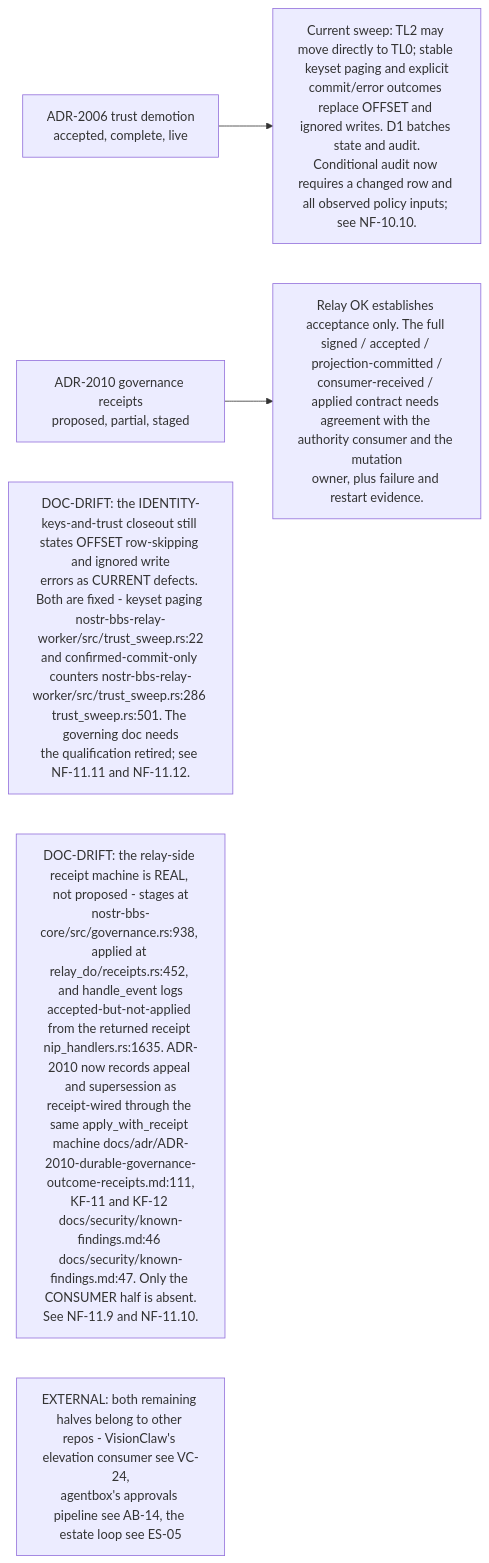
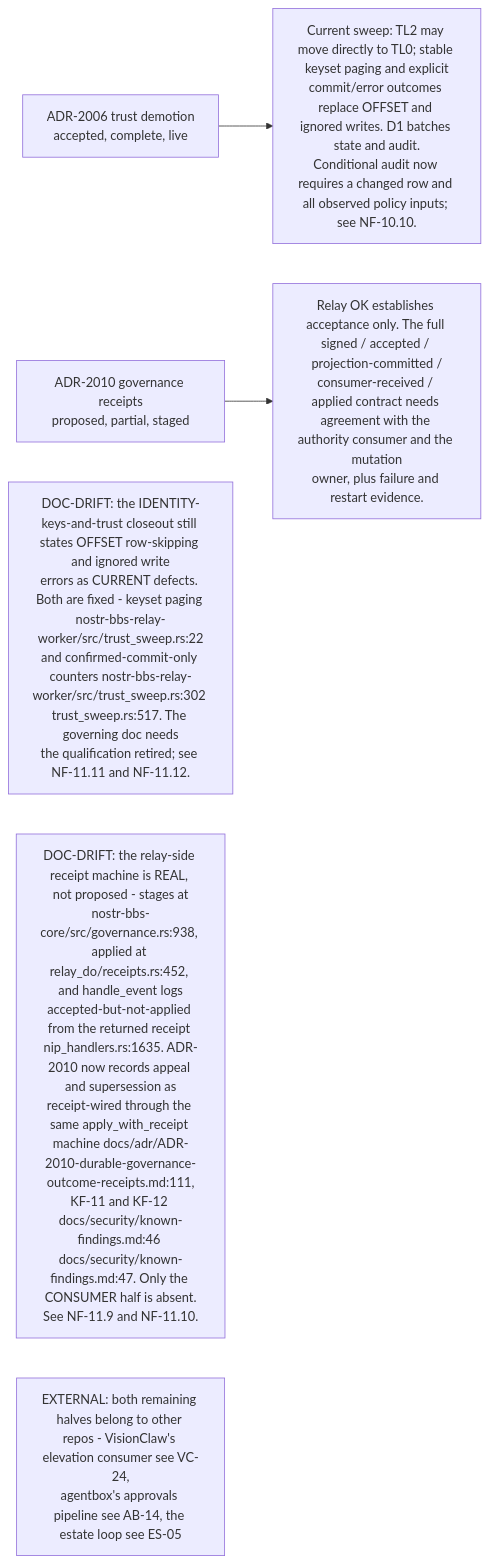
Before and after one commit to DreamLab-AI/VisionFlow: the seventh of 10 diagrams in docs/diagrams/nostr-rust-forum/10-invariants-and-anomaly-register.md, drawn with Mermaid. The commit also changed other lines of this file and 59 other files, not shown here.

First line of the commit message:
docs(diagrams): re-derive and re-stamp forum, website, pod, ontomark and sealmap topics

````diff
--- a/docs/diagrams/nostr-rust-forum/10-invariants-and-anomaly-register.md
+++ b/docs/diagrams/nostr-rust-forum/10-invariants-and-anomaly-register.md
@@ -178,14 +178,14 @@
 ```mermaid
 flowchart LR
     A2006["ADR-2006 trust demotion<br/>accepted, complete, live"]
     Q2006["Current sweep: TL2 may move directly to TL0; stable keyset paging and explicit<br/>commit/error outcomes replace OFFSET and ignored writes. D1 batches state and audit.<br/>Conditional audit now requires a changed row and all observed policy inputs; see NF-10.10."]
     A2010["ADR-2010 governance receipts<br/>proposed, partial, staged"]
     Q2010["Relay OK establishes acceptance only. The full signed / accepted / projection-committed /<br/>consumer-received / applied contract needs agreement with the authority consumer and the mutation<br/>owner, plus failure and restart evidence."]
 
     A2006 --> Q2006
     A2010 --> Q2010
 
-    N1["DOC-DRIFT: the IDENTITY-keys-and-trust closeout still states OFFSET row-skipping and ignored write<br/>errors as CURRENT defects. Both are fixed - keyset paging nostr-bbs-relay-worker/src/trust_sweep.rs:22<br/>and confirmed-commit-only counters nostr-bbs-relay-worker/src/trust_sweep.rs:286 trust_sweep.rs:501. The governing doc needs<br/>the qualification retired; see NF-11.11 and NF-11.12."]
+    N1["DOC-DRIFT: the IDENTITY-keys-and-trust closeout still states OFFSET row-skipping and ignored write<br/>errors as CURRENT defects. Both are fixed - keyset paging nostr-bbs-relay-worker/src/trust_sweep.rs:22<br/>and confirmed-commit-only counters nostr-bbs-relay-worker/src/trust_sweep.rs:302 trust_sweep.rs:517. The governing doc needs<br/>the qualification retired; see NF-11.11 and NF-11.12."]
     N2["DOC-DRIFT: the relay-side receipt machine is REAL, not proposed - stages at<br/>nostr-bbs-core/src/governance.rs:938, applied at relay_do/receipts.rs:452, and handle_event logs<br/>accepted-but-not-applied from the returned receipt nip_handlers.rs:1635. ADR-2010 now records appeal and supersession as<br/>receipt-wired through the same apply_with_receipt machine docs/adr/ADR-2010-durable-governance-outcome-receipts.md:111,<br/>KF-11 and KF-12 docs/security/known-findings.md:46 docs/security/known-findings.md:47. Only the CONSUMER half is absent.<br/>See NF-11.9 and NF-11.10."]
     N3["EXTERNAL: both remaining halves belong to other repos - VisionClaw's elevation consumer see VC-24,<br/>agentbox's approvals pipeline see AB-14, the estate loop see ES-05"]
 ```
````
